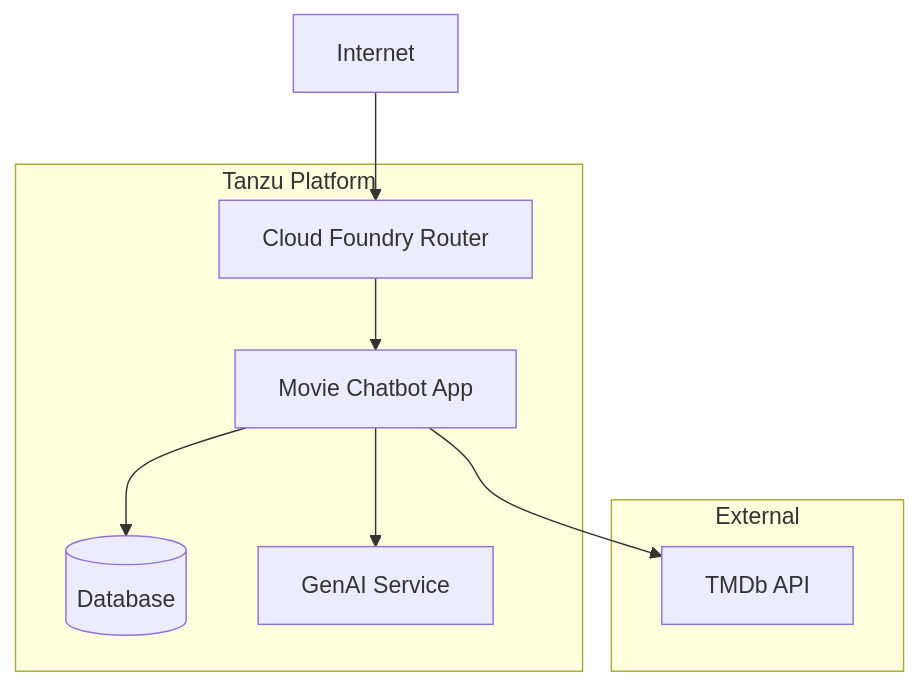
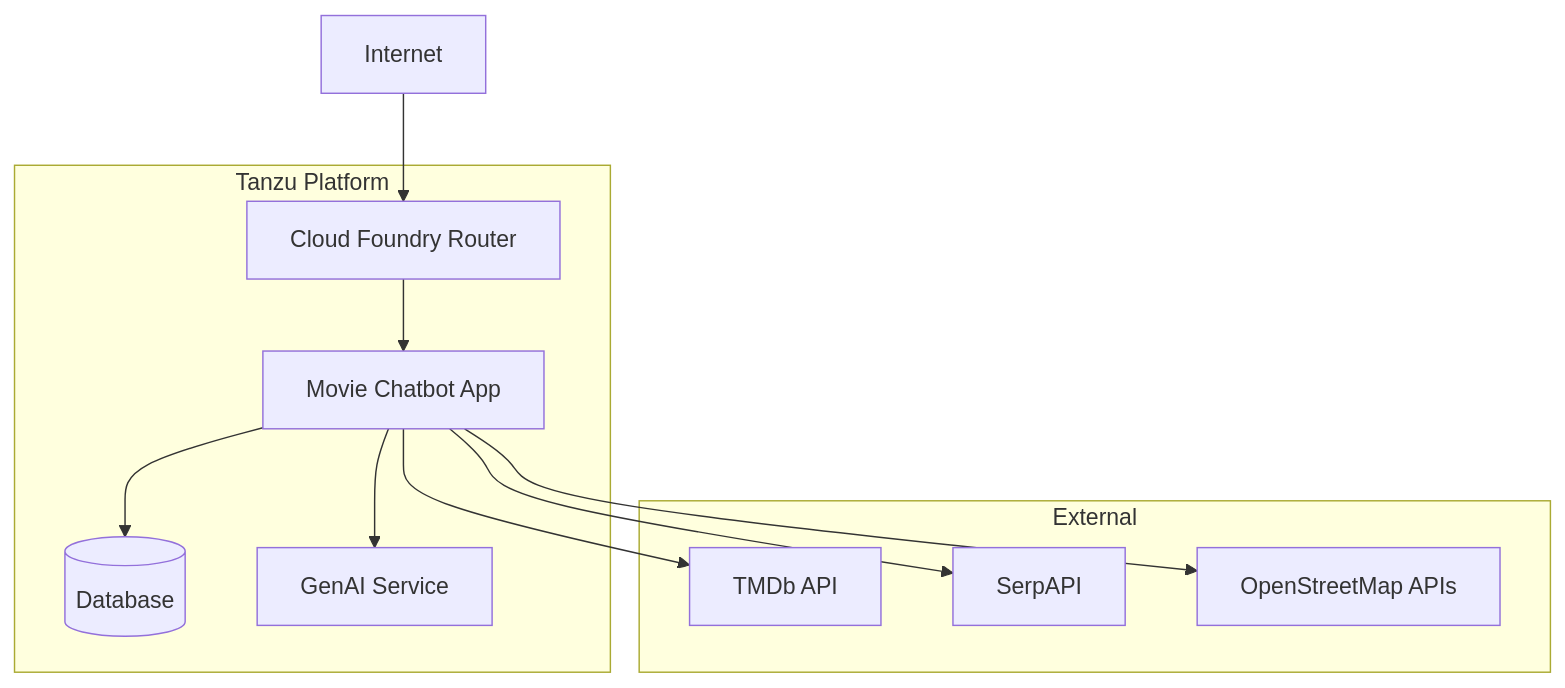
The third of 3 diagrams in py-django-crewai/docs/ARCHITECTURE.md (nkuhn-vmw/tanzu-genai-showcase), drawn with Mermaid before and after one commit. The commit also changed other lines of this file and 10 other files, not shown here.

````diff
--- a/py-django-crewai/docs/ARCHITECTURE.md
+++ b/py-django-crewai/docs/ARCHITECTURE.md
@@ -268,20 +426,24 @@
 ```mermaid
 graph TD
     Internet[Internet] --> CF[Cloud Foundry Router]
     CF --> App[Movie Chatbot App]
 
     App --> DB[(Database)]
     App --> GenAI[GenAI Service]
     App --> TMDB[TMDb API]
+    App --> SerpAPI[SerpAPI]
+    App --> OSM[OpenStreetMap APIs]
 
     subgraph Tanzu Platform
         CF
         App
         DB
         GenAI
     end
 
     subgraph External
         TMDB
+        SerpAPI
+        OSM
     end
 ```
````
